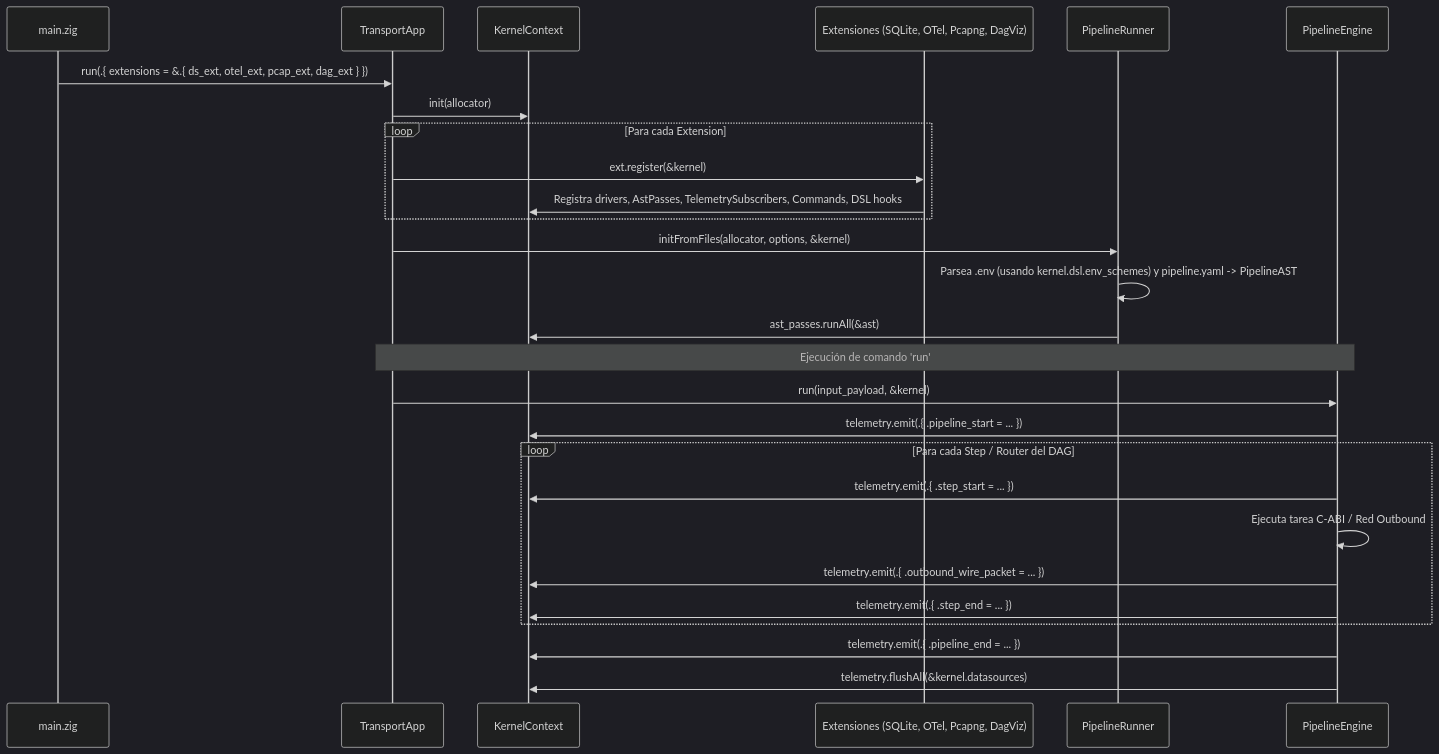
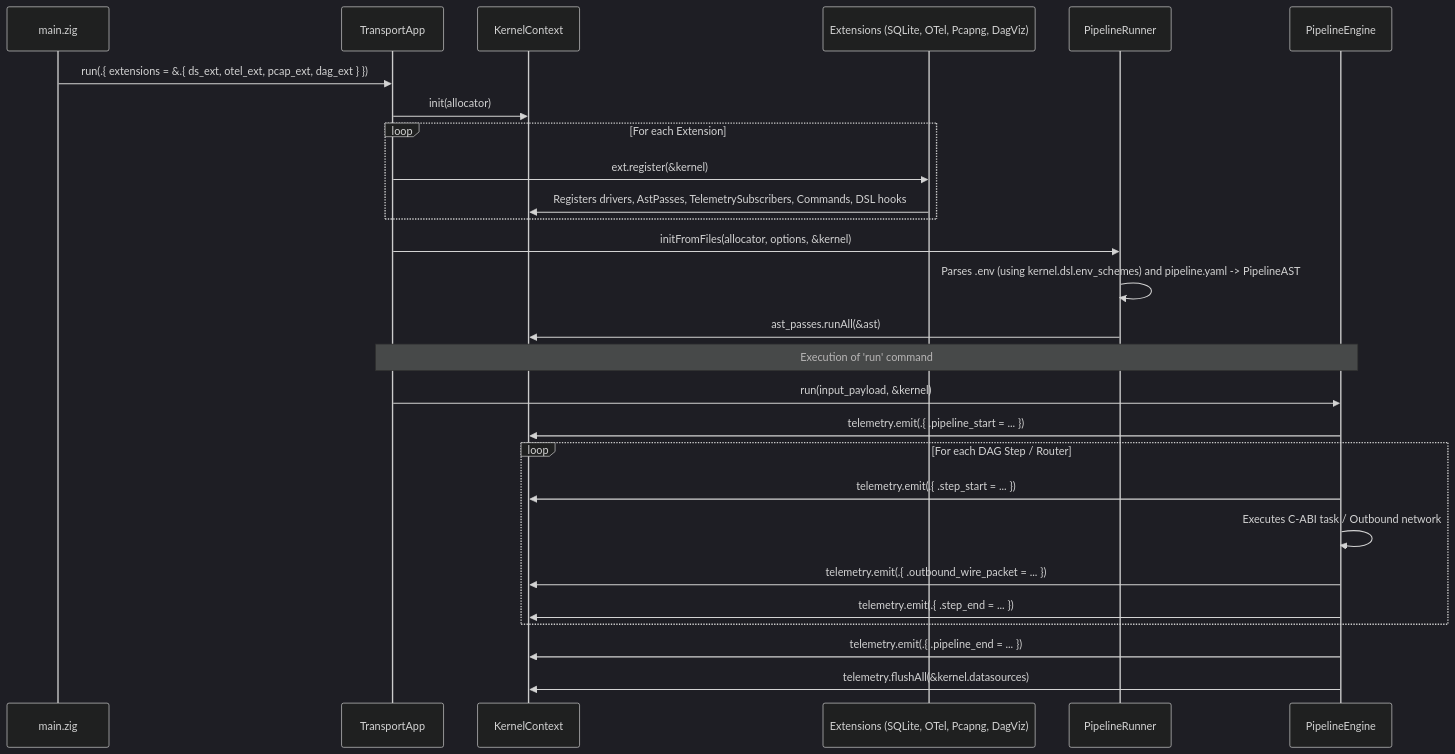
Before and after one commit to g-gar/vidsec: the third of 3 diagrams in docs/development/002-open-kernel-extension-system.md, drawn with Mermaid (dark theme). The commit also changed other lines of this file and 6 other files, not shown here.

````diff
--- a/docs/development/002-open-kernel-extension-system.md
+++ b/docs/development/002-open-kernel-extension-system.md
@@ -121,32 +121,32 @@
 ```mermaid
 sequenceDiagram
     participant Main as main.zig
     participant App as TransportApp
     participant Kernel as KernelContext
-    participant Ext as Extensiones (SQLite, OTel, Pcapng, DagViz)
+    participant Ext as Extensions (SQLite, OTel, Pcapng, DagViz)
     participant Runner as PipelineRunner
     participant Engine as PipelineEngine
 
     Main->>App: run(.{ extensions = &.{ ds_ext, otel_ext, pcap_ext, dag_ext } })
     App->>Kernel: init(allocator)
-    loop Para cada Extension
+    loop For each Extension
         App->>Ext: ext.register(&kernel)
-        Ext->>Kernel: Registra drivers, AstPasses, TelemetrySubscribers, Commands, DSL hooks
+        Ext->>Kernel: Registers drivers, AstPasses, TelemetrySubscribers, Commands, DSL hooks
     end
 
     App->>Runner: initFromFiles(allocator, options, &kernel)
-    Runner->>Runner: Parsea .env (usando kernel.dsl.env_schemes) y pipeline.yaml -> PipelineAST
+    Runner->>Runner: Parses .env (using kernel.dsl.env_schemes) and pipeline.yaml -> PipelineAST
     Runner->>Kernel: ast_passes.runAll(&ast)
 
-    Note over App,Engine: Ejecución de comando 'run'
+    Note over App,Engine: Execution of 'run' command
     App->>Engine: run(input_payload, &kernel)
     Engine->>Kernel: telemetry.emit(.{ .pipeline_start = ... })
-    loop Para cada Step / Router del DAG
+    loop For each DAG Step / Router
         Engine->>Kernel: telemetry.emit(.{ .step_start = ... })
-        Engine->>Engine: Ejecuta tarea C-ABI / Red Outbound
+        Engine->>Engine: Executes C-ABI task / Outbound network
         Engine->>Kernel: telemetry.emit(.{ .outbound_wire_packet = ... })
         Engine->>Kernel: telemetry.emit(.{ .step_end = ... })
     end
     Engine->>Kernel: telemetry.emit(.{ .pipeline_end = ... })
     Engine->>Kernel: telemetry.flushAll(&kernel.datasources)
 ```
````
